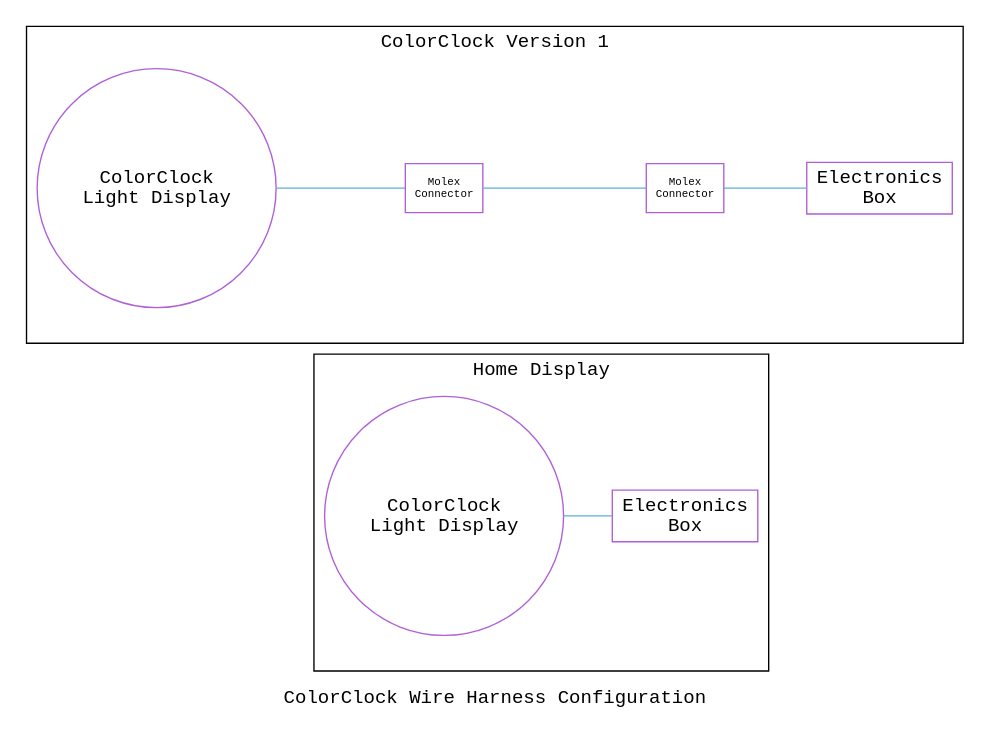
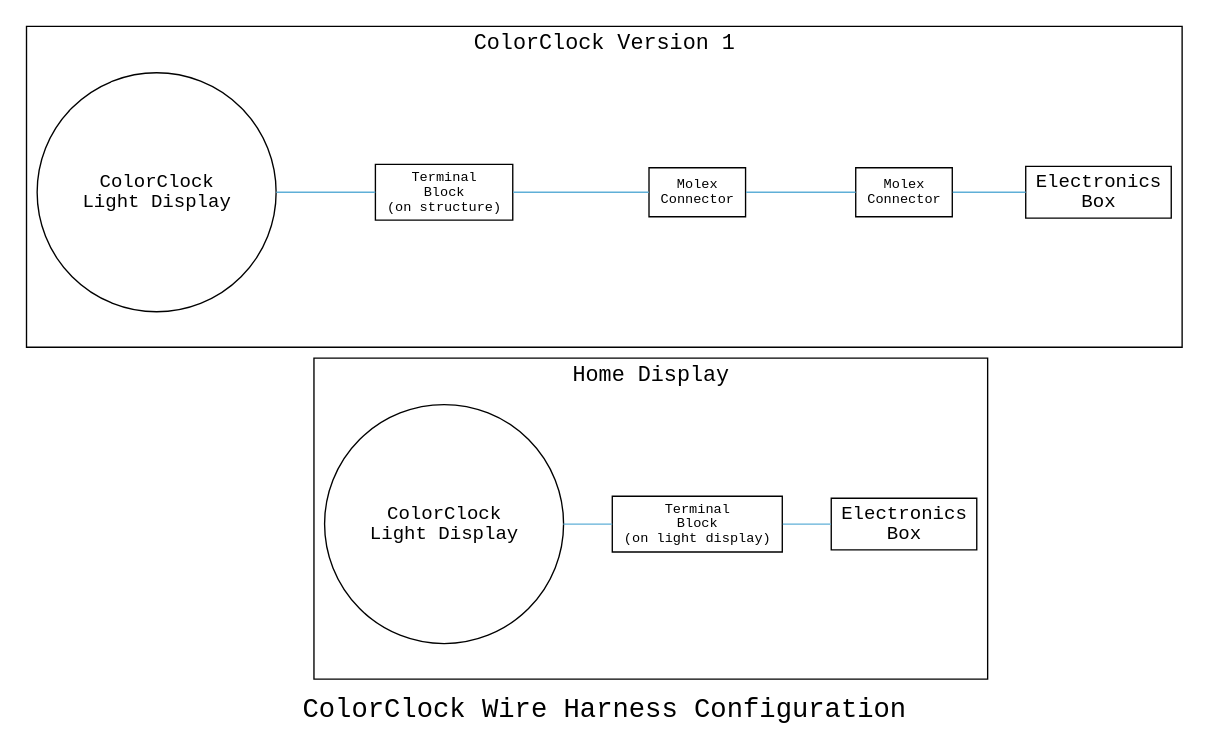
One commit to rebeccajr/color-clock changed the diagram in docs/imgs/block-diagrams/dot/wire-harness__2025-02-08.dot. Above: the diagram before and after it, drawn with Graphviz. The commit also changed 2 other files, not shown here.

```diff
--- a/docs/imgs/block-diagrams/dot/wire-harness__2025-02-08.dot
+++ b/docs/imgs/block-diagrams/dot/wire-harness__2025-02-08.dot
@@ -1,94 +1,113 @@
+#define flux "#af5fd7"
+
 digraph ColorClockCableHarness
 {
-
   label="ColorClock Wire Harness Configuration"
+  fontsize=20
   fontname="Courier New"
   rankdir=LR
 
+
   node
   [ fontname="Courier New"
-  , color="#af5fd7"
+  , color=flux
   ];
 
   edge
   [ color="#5fafd7"
   ]
 
   subgraph cluster_v1
   {
     label="ColorClock Version 1"
     fontname="Courier New"
+    fontsize=16
 
     electronics_box
     [ shape=polygon
     , sides=4
     , distortion=0
     , label="Electronics\nBox"
     ];
 
     molex_connector0
     [ shape=polygon
     , sides=4
     , label="Molex\nConnector"
-    , fontsize=8
+    , fontsize=10
     ];
 
     molex_connector1
     [ shape=polygon
     , sides=4
     , label="Molex\nConnector"
-    , fontsize=8
+    , fontsize=10
+    ];
+
+    terminal_block
+    [ shape=rectangle
+    , label="Terminal\nBlock\n(on structure)"
+    , fontsize=10
     ];
 
     light_display
     [ shape=circle
     , label="ColorClock\nLight Display"
     ];
 
     position_node_top
     [ shape=point
     , width=0
     , style=invis
     ]
 
   }
 
   // TODO make these not copies
   subgraph cluster_home_display
   {
     label="Home Display"
     rank=LR
+    fontsize=16
 
     electronics_box_
     [ shape=polygon
     , sides=4
     , distortion=0
     , label="Electronics\nBox"
     ];
 
     light_display_
     [ shape=circle
     , label="ColorClock\nLight Display"
     ];
 
+    terminal_block_
+    [ shape=rectangle
+    , label="Terminal\nBlock\n(on light display)"
+    , fontsize=10
+    ];
+
     position_node_bottom
     [ shape=point
     , width=0
     , style=invis
     ]
 
   }
 
-    molex_connector0 -> electronics_box  [arrowhead=none];
-    molex_connector1 -> molex_connector0 [arrowhead=none];
-    light_display    -> molex_connector1 [arrowhead=none];
+    light_display     -> terminal_block   [arrowhead=none];
+    terminal_block    -> molex_connector1 [arrowhead=none];
+    molex_connector1  -> molex_connector0 [arrowhead=none];
+    molex_connector0  -> electronics_box  [arrowhead=none];
 
-    light_display_   -> electronics_box_ [arrowhead=none];
+    light_display_    -> terminal_block_  [arrowhead=none];
+    terminal_block_   -> electronics_box_ [arrowhead=none];
 
     position_node_top -> position_node_bottom
     [ style=invis
     , weight=100
     , lhead="cluster_home_display"
     , ltail="cluster_v1"
     ]
 }
```
